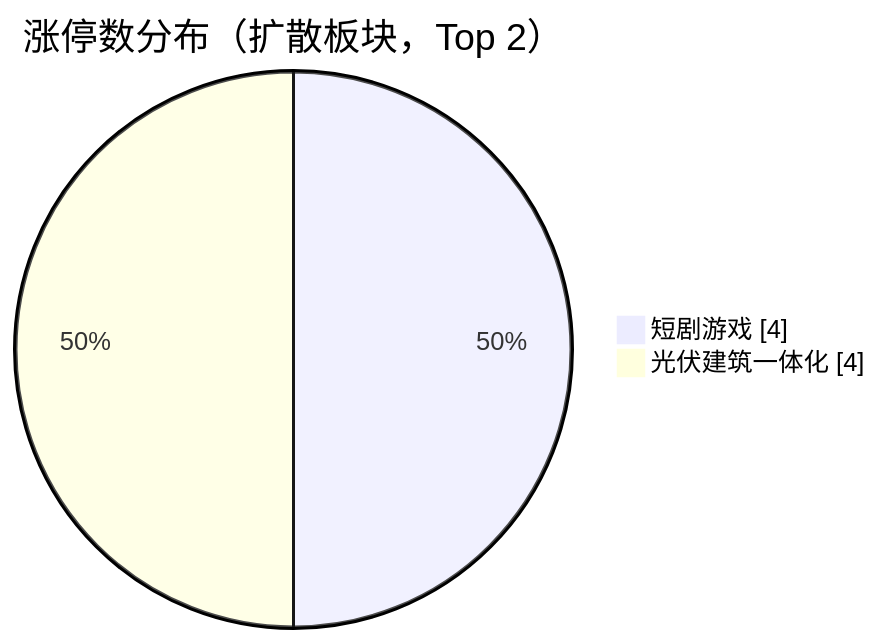
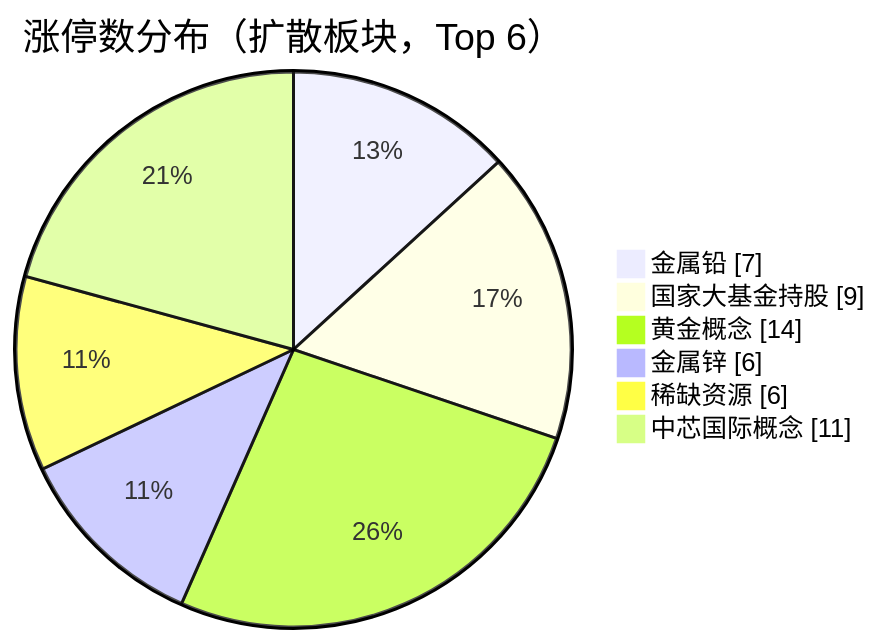
Before and after one commit to chenyang1999/chzl-kg: the first of 3 diagrams in content/投研交易/盘中分析/20261104.md, drawn with Mermaid. The commit also changed other lines of this file and 31 other files, not shown here.

````diff
--- a/content/投研交易/盘中分析/20261104.md
+++ b/content/投研交易/盘中分析/20261104.md
@@ -30,6 +30,10 @@
 ```mermaid
 pie showData
-    title 涨停数分布（扩散板块，Top 2）
-    "短剧游戏" : 4
-    "光伏建筑一体化" : 4
+    title 涨停数分布（扩散板块，Top 6）
+    "金属铅" : 7
+    "国家大基金持股" : 9
+    "黄金概念" : 14
+    "金属锌" : 6
+    "稀缺资源" : 6
+    "中芯国际概念" : 11
 ```
````
